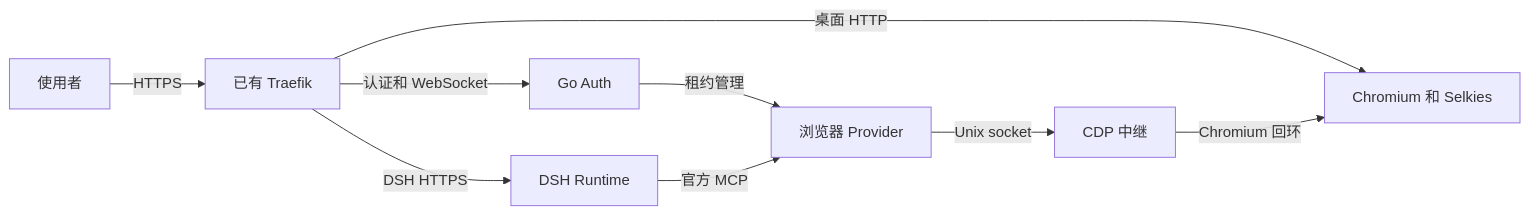
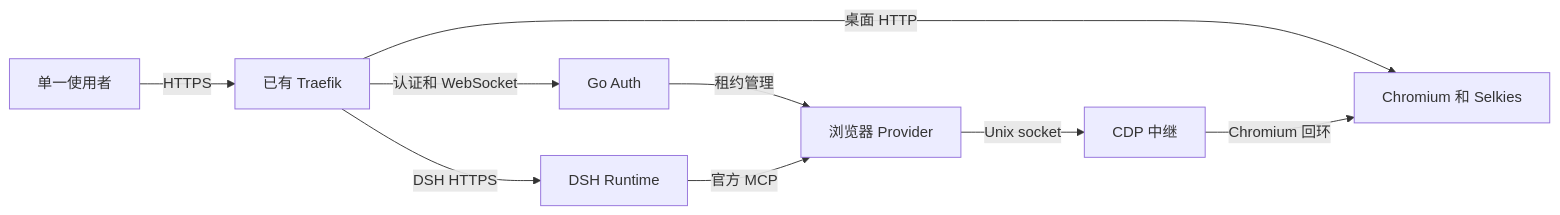
Before and after one commit to sagehou/dsh-workstation: the diagram in docs/ARCHITECTURE.zh-CN.md, drawn with Mermaid. The commit also changed other lines of this file and 15 other files, not shown here.

First line of the commit message:
docs: formalize single-user release baseline and roadmap (#12)

````diff
--- a/docs/ARCHITECTURE.zh-CN.md
+++ b/docs/ARCHITECTURE.zh-CN.md
@@ -20,11 +26,11 @@
 ```mermaid
 flowchart LR
-    Person["使用者"] -->|"HTTPS"| Edge["已有 Traefik"]
+    Person["单一使用者"] -->|"HTTPS"| Edge["已有 Traefik"]
     Edge -->|"认证和 WebSocket"| Auth["Go Auth"]
     Edge -->|"DSH HTTPS"| DSH["DSH Runtime"]
     Edge -->|"桌面 HTTP"| Browser["Chromium 和 Selkies"]
     Auth -->|"租约管理"| Provider["浏览器 Provider"]
     DSH -->|"官方 MCP"| Provider
     Provider -->|"Unix socket"| Relay["CDP 中继"]
     Relay -->|"Chromium 回环"| Browser
 ```
````
